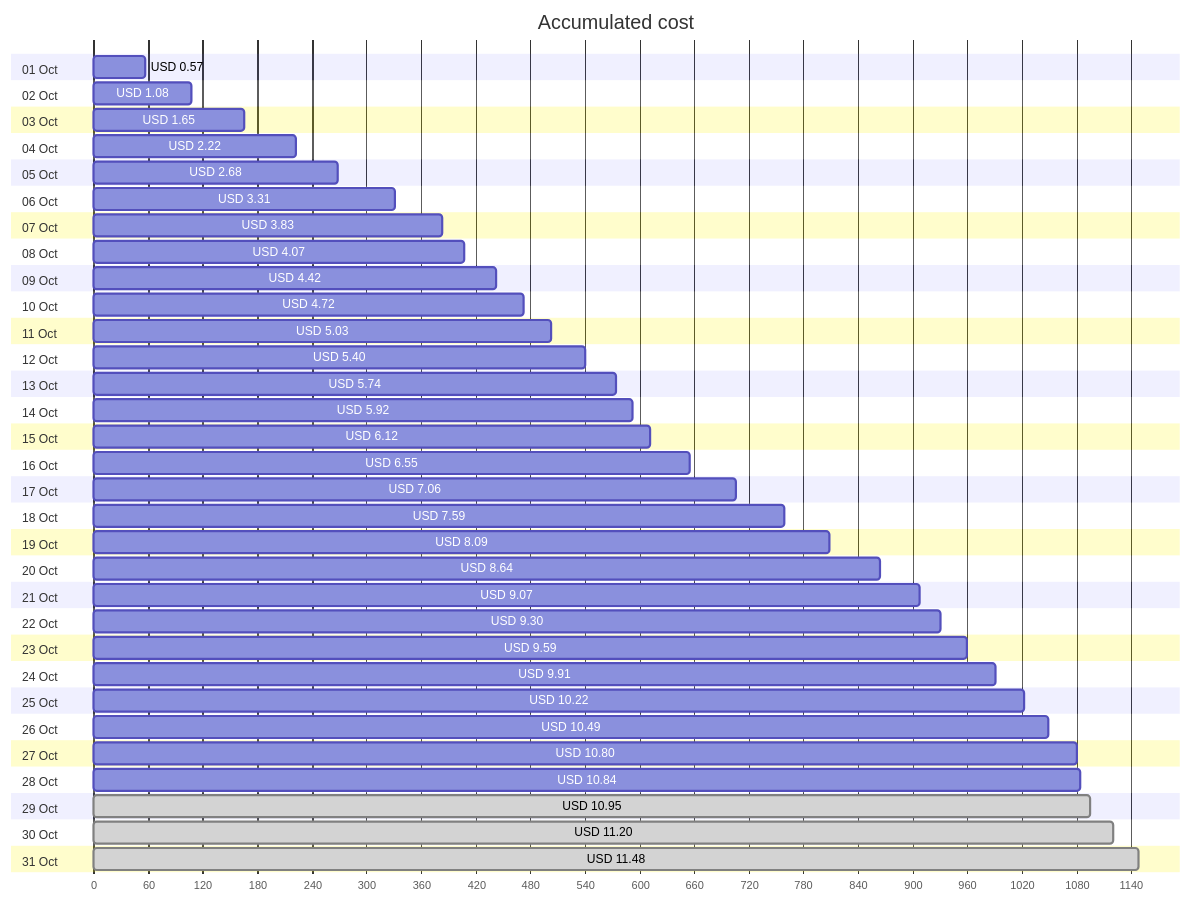
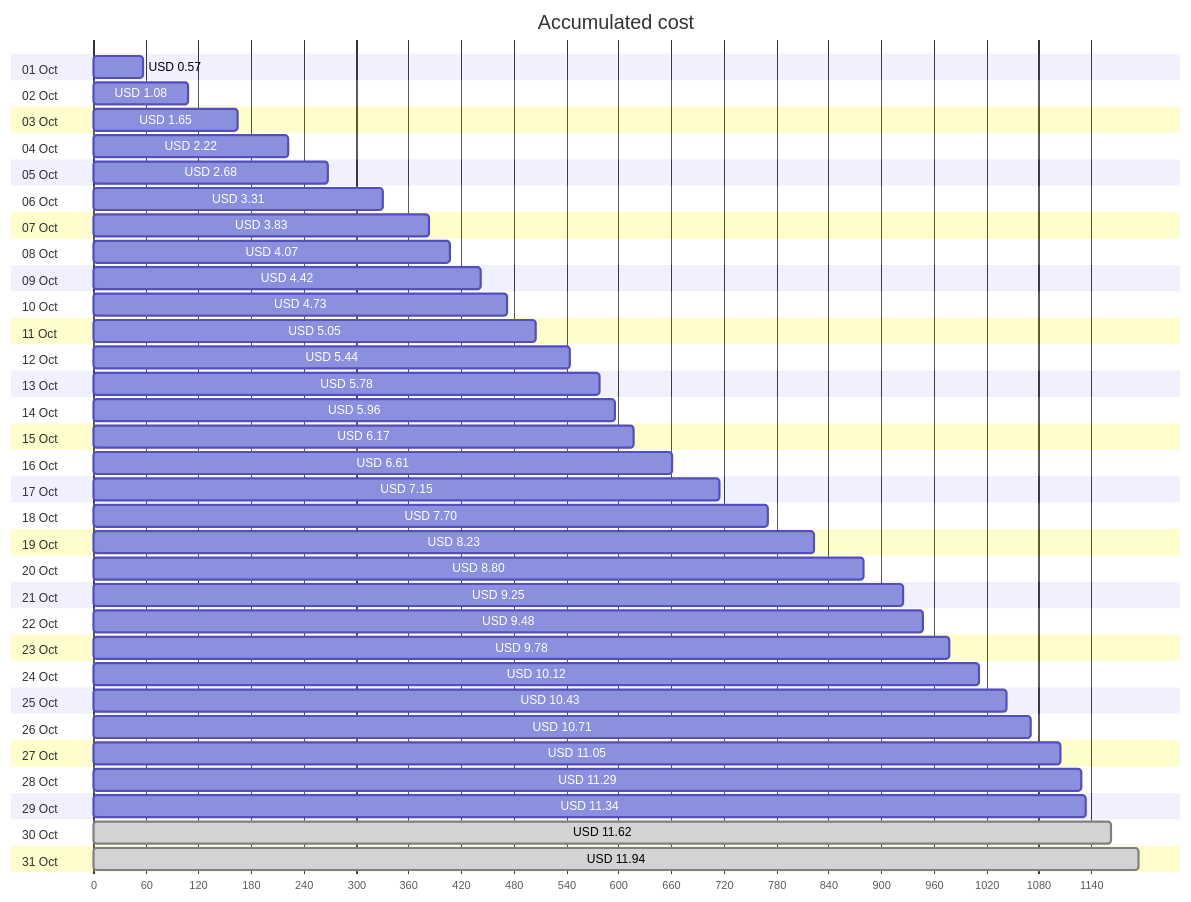
The first of 4 diagrams in cost-reports/personal-network/vpn-server.md (jpfulton/azure-personal-reports), drawn with Mermaid before and after one commit. The commit also changed other lines of this file and 8 other files, not shown here.

````diff
--- a/cost-reports/personal-network/vpn-server.md
+++ b/cost-reports/personal-network/vpn-server.md
@@ -20,68 +20,68 @@
 ```mermaid
 gantt
    title Accumulated cost
    dateFormat  X
    axisFormat %s
    section 01 Oct
    USD 0.57 :0, 57
    section 02 Oct
    USD 1.08 :0, 108
    section 03 Oct
    USD 1.65 :0, 165
    section 04 Oct
    USD 2.22 :0, 222
    section 05 Oct
    USD 2.68 :0, 268
    section 06 Oct
    USD 3.31 :0, 331
    section 07 Oct
    USD 3.83 :0, 383
    section 08 Oct
    USD 4.07 :0, 407
    section 09 Oct
    USD 4.42 :0, 442
    section 10 Oct
-   USD 4.72 :0, 472
+   USD 4.73 :0, 473
    section 11 Oct
-   USD 5.03 :0, 503
+   USD 5.05 :0, 505
    section 12 Oct
-   USD 5.40 :0, 540
+   USD 5.44 :0, 544
    section 13 Oct
-   USD 5.74 :0, 574
+   USD 5.78 :0, 578
    section 14 Oct
-   USD 5.92 :0, 592
+   USD 5.96 :0, 596
    section 15 Oct
-   USD 6.12 :0, 612
+   USD 6.17 :0, 617
    section 16 Oct
-   USD 6.55 :0, 655
+   USD 6.61 :0, 661
    section 17 Oct
-   USD 7.06 :0, 706
+   USD 7.15 :0, 715
    section 18 Oct
-   USD 7.59 :0, 759
+   USD 7.70 :0, 770
    section 19 Oct
-   USD 8.09 :0, 809
+   USD 8.23 :0, 823
    section 20 Oct
-   USD 8.64 :0, 864
+   USD 8.80 :0, 880
    section 21 Oct
-   USD 9.07 :0, 907
+   USD 9.25 :0, 925
    section 22 Oct
-   USD 9.30 :0, 930
+   USD 9.48 :0, 948
    section 23 Oct
-   USD 9.59 :0, 959
+   USD 9.78 :0, 978
    section 24 Oct
-   USD 9.91 :0, 991
+   USD 10.12 :0, 1012
    section 25 Oct
-   USD 10.22 :0, 1022
+   USD 10.43 :0, 1043
    section 26 Oct
-   USD 10.49 :0, 1049
+   USD 10.71 :0, 1071
    section 27 Oct
-   USD 10.80 :0, 1080
+   USD 11.05 :0, 1105
    section 28 Oct
-   USD 10.84 :0, 1084
+   USD 11.29 :0, 1129
    section 29 Oct
-   USD 10.95 : done, 0, 1095
+   USD 11.34 :0, 1134
    section 30 Oct
-   USD 11.20 : done, 0, 1120
+   USD 11.62 : done, 0, 1162
    section 31 Oct
-   USD 11.48 : done, 0, 1148
+   USD 11.94 : done, 0, 1194
 ```
````
